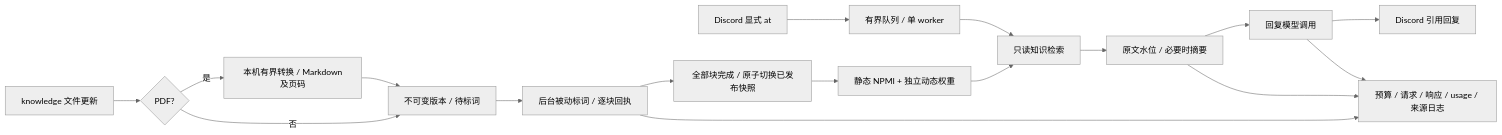
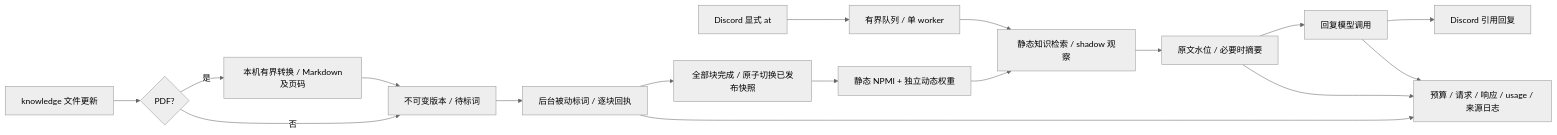
One commit to simulacrum0112-afk/Indeces_memory_manager changed the diagram in README.md. Above: the diagram before and after it, drawn with Mermaid (neutral theme). The commit also changed other lines of this file and 39 other files, not shown here.

````diff
--- a/README.md
+++ b/README.md
@@ -11,19 +13,19 @@
 ```mermaid
 flowchart LR
     D[Discord 显式 at] --> Q[有界队列 / 单 worker]
-    Q --> R[只读知识检索]
+    Q --> R[静态知识检索 / shadow 观察]
     R --> C[原文水位 / 必要时摘要]
     C --> A[回复模型调用]
     A --> O[Discord 引用回复]
     K[knowledge 文件更新] --> F{PDF?}
     F -->|是| X[本机有界转换 / Markdown及页码]
     X --> V[不可变版本 / 待标词]
     F -->|否| V
     V --> L[后台被动标词 / 逐块回执]
     L --> P[全部块完成 / 原子切换已发布快照]
     P --> G[静态 NPMI + 独立动态权重]
     G --> R
     A --> S[预算 / 请求 / 响应 / usage / 来源日志]
     L --> S
     C --> S
 ```
````
